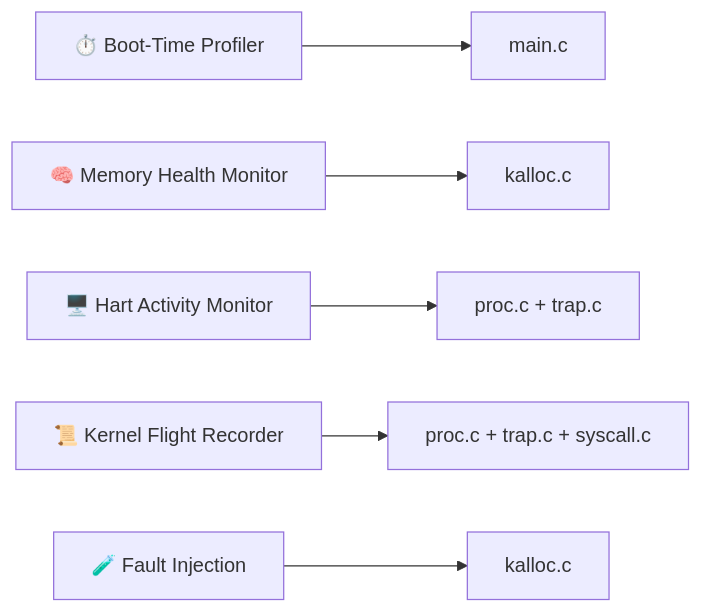
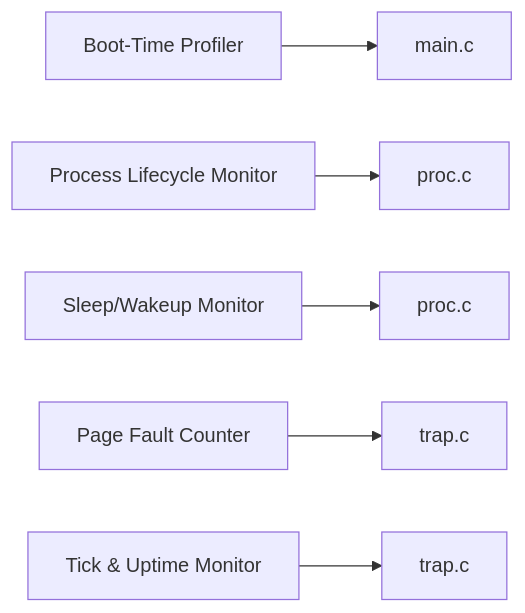
Before and after one commit to haseebniazii/KStats-Lightweight-Kernel-Statistics-for-xv6-RISC-V: the third of 3 diagrams in README.md, drawn with Mermaid. The commit also changed other lines of this file, not shown here.

````diff
--- a/README.md
+++ b/README.md
@@ -93,9 +88,9 @@
 ```mermaid
 flowchart LR
 
-    M1["⏱️ Boot-Time Profiler"] --> F1["main.c"]
-    M2["🧠 Memory Health Monitor"] --> F2["kalloc.c"]
-    M3["🖥️ Hart Activity Monitor"] --> F3["proc.c + trap.c"]
-    M4["📜 Kernel Flight Recorder"] --> F4["proc.c + trap.c + syscall.c"]
-    M5["🧪 Fault Injection"] --> F5["kalloc.c"]
+    M1["Boot-Time Profiler"] --> F1["main.c"]
+    M2["Process Lifecycle Monitor"] --> F2["proc.c"]
+    M3["Sleep/Wakeup Monitor"] --> F3["proc.c"]
+    M4["Page Fault Counter"] --> F4["trap.c"]
+    M5["Tick & Uptime Monitor"] --> F5["trap.c"]
 ```
````
